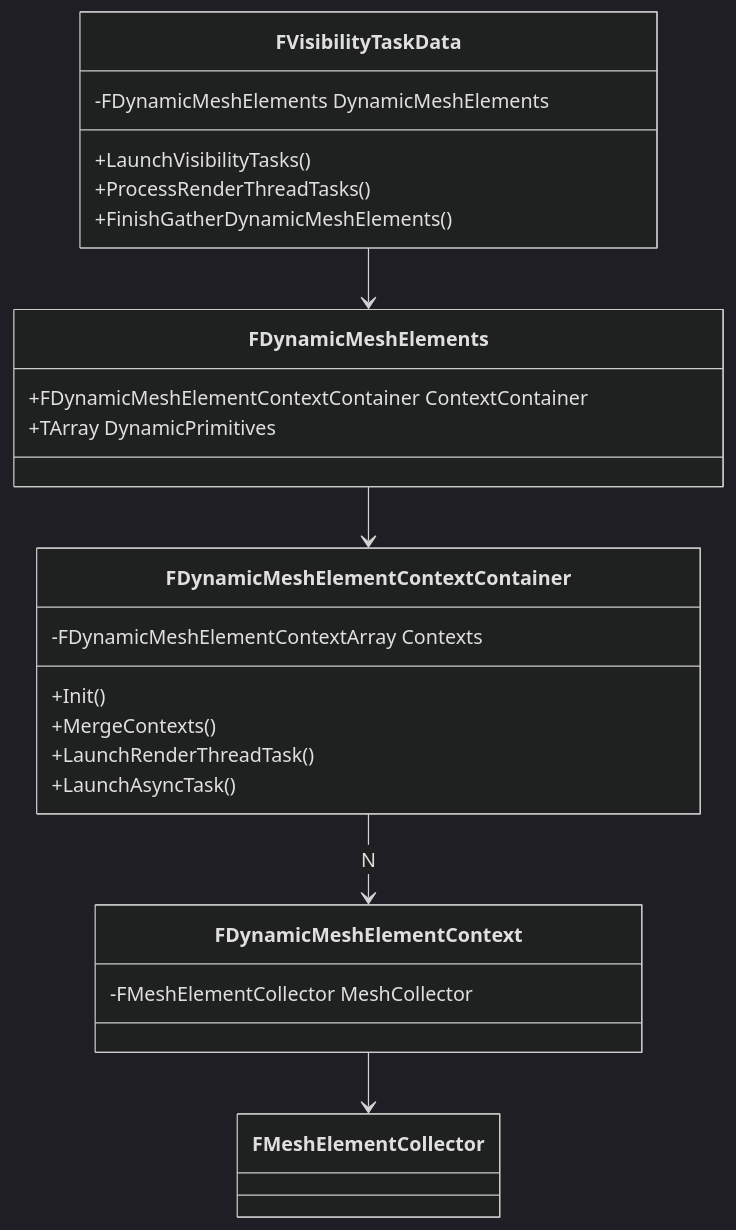
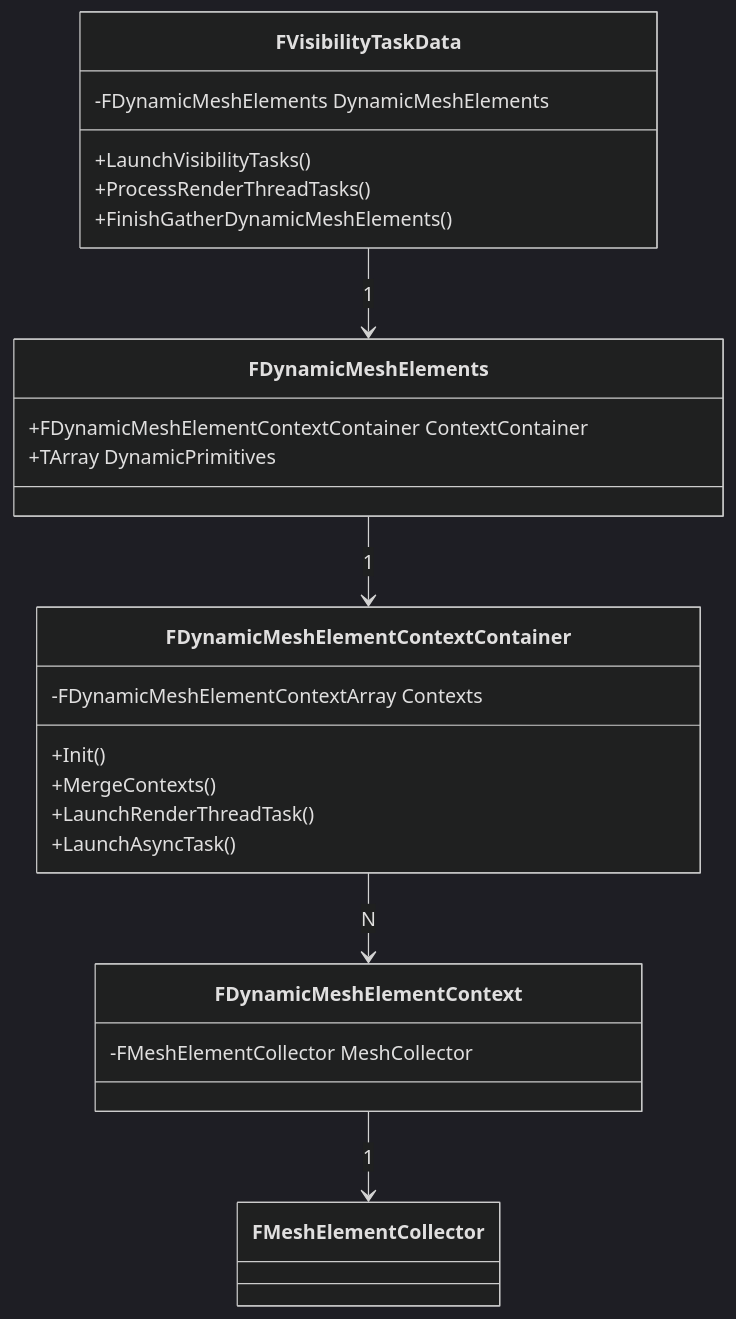
Before and after one commit to InchChou/misc: the diagram in UE5渲染器大致流程.md, drawn with Mermaid (dark theme). The commit also changed other lines of this file, not shown here.

````diff
--- a/UE5渲染器大致流程.md
+++ b/UE5渲染器大致流程.md
@@ -288,32 +288,32 @@
 ```mermaid
 classDiagram
-	FVisibilityTaskData --> FDynamicMeshElements
+	FVisibilityTaskData --> FDynamicMeshElements : 1
 
 	class FVisibilityTaskData{
 		-FDynamicMeshElements DynamicMeshElements
 		+LaunchVisibilityTasks()
 		+ProcessRenderThreadTasks()
 		+FinishGatherDynamicMeshElements()
 	}
 
 	class FDynamicMeshElements{
 		+FDynamicMeshElementContextContainer ContextContainer
 		+TArray<FDynamicPrimitive, SceneRenderingAllocator> DynamicPrimitives
 	}
 	
-	FDynamicMeshElements --> FDynamicMeshElementContextContainer
+	FDynamicMeshElements --> FDynamicMeshElementContextContainer : 1
 	class FDynamicMeshElementContextContainer{
 		-FDynamicMeshElementContextArray Contexts
 		+Init()
 		+MergeContexts()
 		+LaunchRenderThreadTask()
 		+LaunchAsyncTask()
 	}
 	
 	FDynamicMeshElementContextContainer --> FDynamicMeshElementContext : N
 	class FDynamicMeshElementContext{
 		-FMeshElementCollector MeshCollector
 	}
 	
-	FDynamicMeshElementContext --> FMeshElementCollector
+	FDynamicMeshElementContext --> FMeshElementCollector : 1
 ```
````
